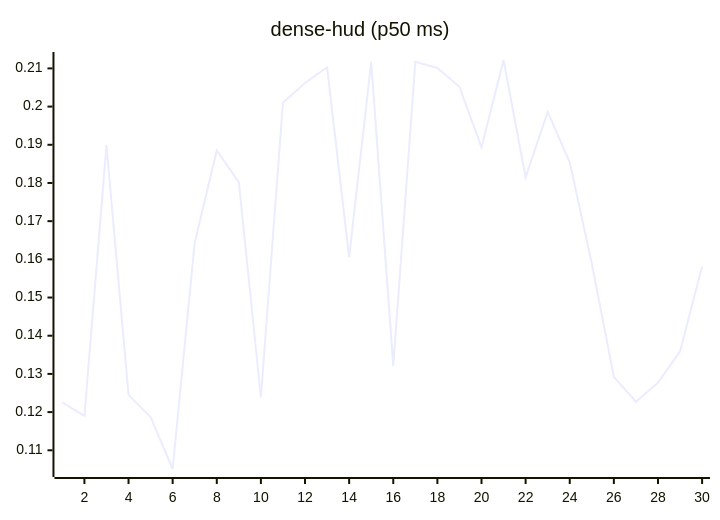
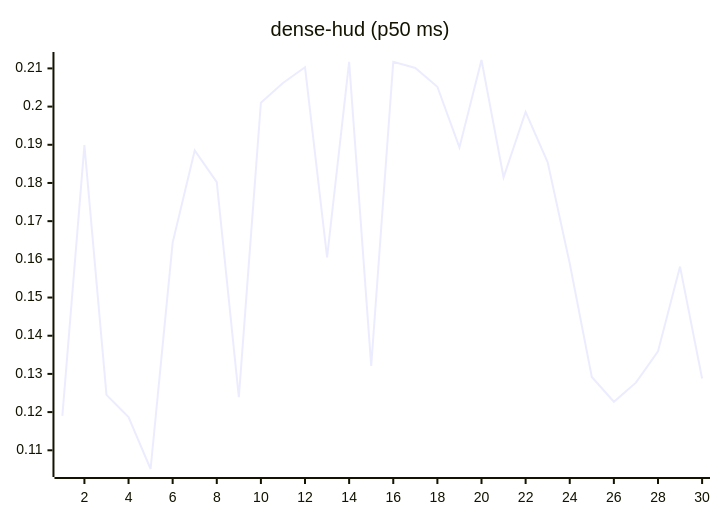
One commit to josha/Facet changed the eighth of 27 diagrams in README.md. Above: the diagram before and after it, drawn with Mermaid. The commit also changed other lines of this file and 2 other files, not shown here.

````diff
--- a/README.md
+++ b/README.md
@@ -112,6 +112,6 @@
 ```mermaid
 xychart-beta
     title "dense-hud (p50 ms)"
     x-axis 1 --> 30
-    line [0.1225, 0.1190, 0.1899, 0.1245, 0.1187, 0.1051, 0.1644, 0.1885, 0.1802, 0.1239, 0.2010, 0.2062, 0.2103, 0.1605, 0.2117, 0.1321, 0.2117, 0.2101, 0.2052, 0.1893, 0.2122, 0.1815, 0.1986, 0.1854, 0.1589, 0.1292, 0.1227, 0.1277, 0.1359, 0.1581]
+    line [0.1190, 0.1899, 0.1245, 0.1187, 0.1051, 0.1644, 0.1885, 0.1802, 0.1239, 0.2010, 0.2062, 0.2103, 0.1605, 0.2117, 0.1321, 0.2117, 0.2101, 0.2052, 0.1893, 0.2122, 0.1815, 0.1986, 0.1854, 0.1589, 0.1292, 0.1227, 0.1277, 0.1359, 0.1581, 0.1288]
 ```
````
